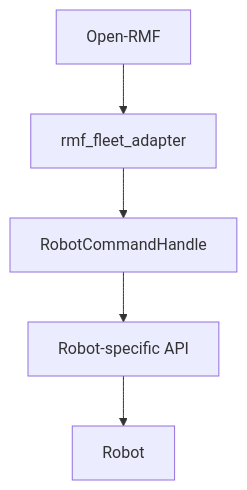
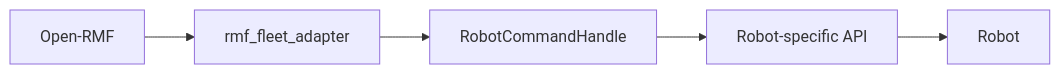
The first of 2 diagrams in vda5050_core/docs/rmf-migration.md (eileentyz/vda5050_core), drawn with Mermaid before and after one commit. The commit also changed other lines of this file and 3 other files, not shown here.

````diff
--- a/vda5050_core/docs/rmf-migration.md
+++ b/vda5050_core/docs/rmf-migration.md
@@ -49,10 +33,7 @@
 ```mermaid
-flowchart TD
-    A[Open-RMF]
-    B[rmf_fleet_adapter]
-    C[RobotCommandHandle]
-    D[Robot-specific API]
-    E[Robot]
-
-    A --> B --> C --> D --> E
+flowchart LR
+    RMF[Open-RMF] --> Fleet[rmf_fleet_adapter]
+    Fleet --> Commands[RobotCommandHandle]
+    Commands --> API[Robot-specific API]
+    API --> Robot
 ```
````
